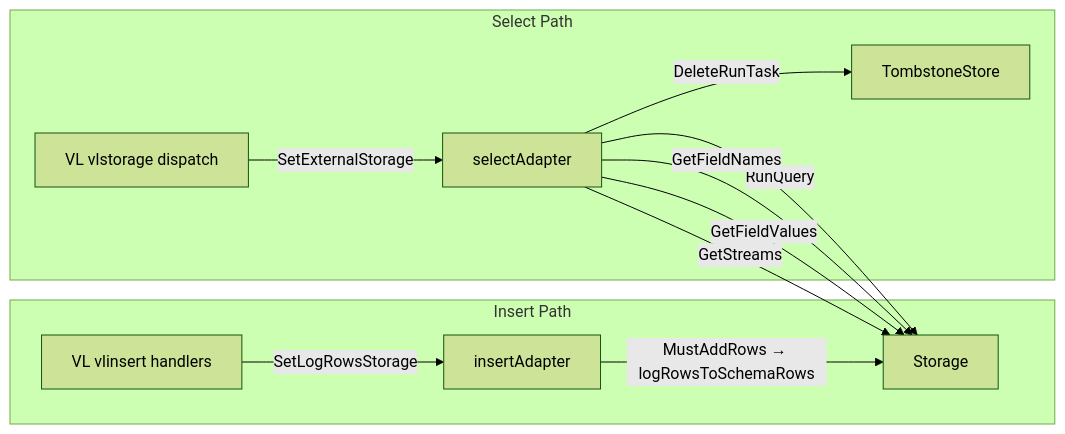
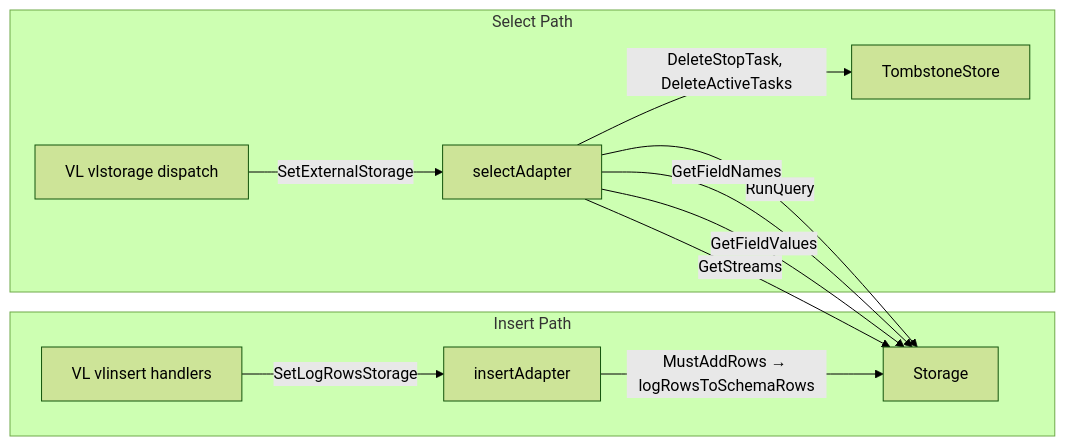
The eighth of 17 diagrams in docs/storage-flow.md (ReliablyObserve/victoria-lakehouse), drawn with Mermaid (forest theme) before and after one commit. The commit also changed 29 other files, not shown here.

````diff
--- a/docs/storage-flow.md
+++ b/docs/storage-flow.md
@@ -269,15 +269,15 @@
 ```mermaid
 graph LR
     subgraph "Insert Path"
         VLI["VL vlinsert handlers"] -->|"SetLogRowsStorage"| IA["insertAdapter"]
         IA -->|"MustAddRows → logRowsToSchemaRows"| STOR[Storage]
     end
     subgraph "Select Path"
         VLS[VL vlstorage dispatch] -->|SetExternalStorage| SA[selectAdapter]
         SA -->|RunQuery| STOR
         SA -->|GetFieldNames| STOR
         SA -->|GetFieldValues| STOR
         SA -->|GetStreams| STOR
-        SA -->|DeleteRunTask| TS[TombstoneStore]
+        SA -->|"DeleteStopTask, DeleteActiveTasks"| TS[TombstoneStore]
     end
 ```
````
